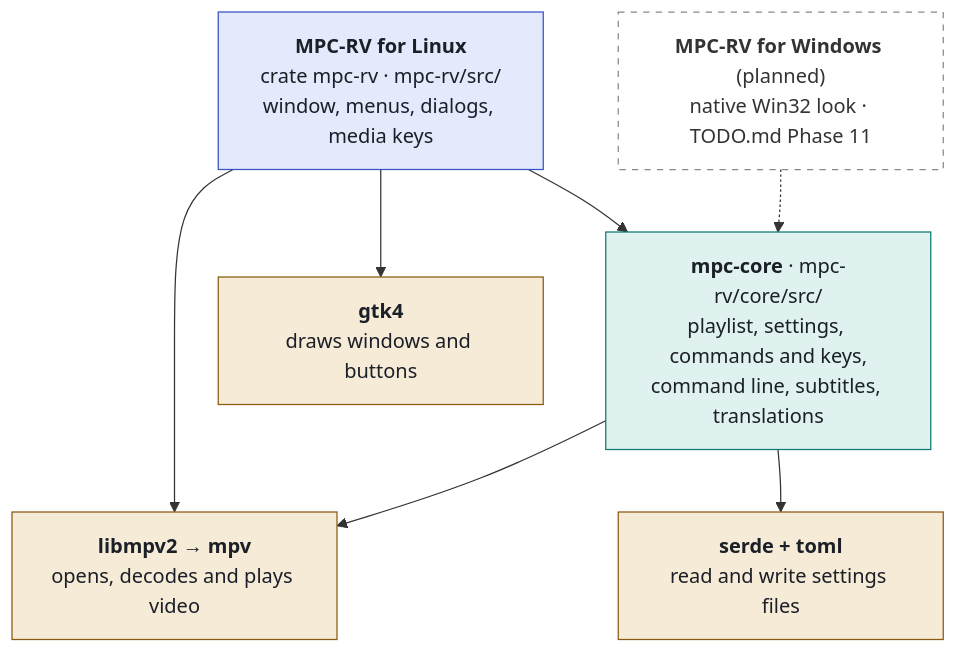
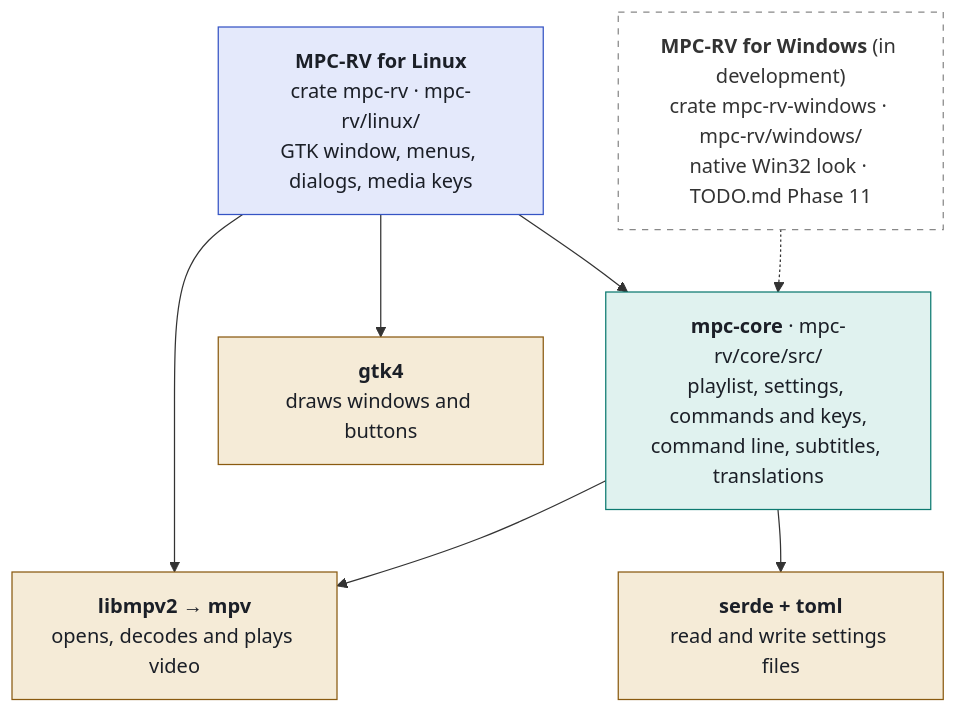
Before and after one commit to riflan0ahmed/mpc-revamp: the first of 3 diagrams in ARCHITECTURE.md, drawn with Mermaid. The commit also changed other lines of this file and 42 other files, not shown here.

````diff
--- a/ARCHITECTURE.md
+++ b/ARCHITECTURE.md
@@ -23,25 +24,25 @@
 ```mermaid
 flowchart TB
-    linux["<b>MPC-RV for Linux</b><br/>crate mpc-rv · mpc-rv/src/<br/>window, menus, dialogs, media keys"]
-    windows["<b>MPC-RV for Windows</b> (planned)<br/>native Win32 look · TODO.md Phase 11"]
+    linux["<b>MPC-RV for Linux</b><br/>crate mpc-rv · mpc-rv/linux/<br/>GTK window, menus, dialogs, media keys"]
+    windows["<b>MPC-RV for Windows</b> (in development)<br/>crate mpc-rv-windows · mpc-rv/windows/<br/>native Win32 look · TODO.md Phase 11"]
     core["<b>mpc-core</b> · mpc-rv/core/src/<br/>playlist, settings, commands and keys,<br/>command line, subtitles, translations"]
     gtk["<b>gtk4</b><br/>draws windows and buttons"]
     mpv["<b>libmpv2 → mpv</b><br/>opens, decodes and plays video"]
     serde["<b>serde + toml</b><br/>read and write settings files"]
 
     linux --> core
     windows -.-> core
     linux --> gtk
     linux --> mpv
     core --> mpv
     core --> serde
 
     classDef app fill:#e4e9fb,stroke:#3554c4,color:#1b1f27
     classDef shared fill:#e0f2ef,stroke:#0d7a70,color:#1b1f27
     classDef lib fill:#f5ebd7,stroke:#8a5a10,color:#1b1f27
     classDef planned fill:transparent,stroke:#888,stroke-dasharray:5 5
     class linux app
     class core shared
     class gtk,mpv,serde lib
     class windows planned
 ```
````
